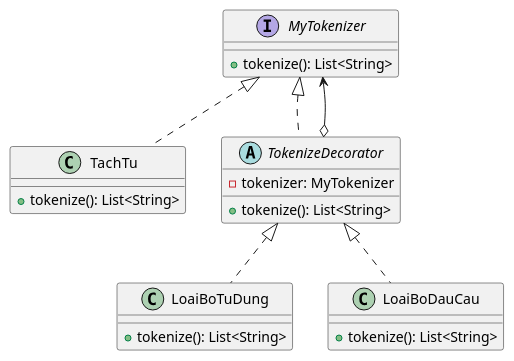
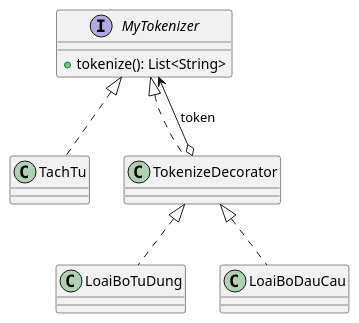
One commit to ngtuantu1202/63135967_SoftwareArchitectureAndDesign changed the diagram in out/production/63135967_SoftwareArchitectureAndDesign/decorator/tokenize/Tokenize_Diagram.puml. Above: the diagram before and after it, drawn with PlantUML. The commit also changed 7 other files, not shown here.

```diff
--- a/out/production/63135967_SoftwareArchitectureAndDesign/decorator/tokenize/Tokenize_Diagram.puml
+++ b/out/production/63135967_SoftwareArchitectureAndDesign/decorator/tokenize/Tokenize_Diagram.puml
@@ -1,26 +1,13 @@
 @startuml
 'https://plantuml.com/sequence-diagram
 
 interface MyTokenizer {
     + tokenize(): List<String>
 }
-class TachTu {
-    + tokenize(): List<String>
-}
-abstract class TokenizeDecorator {
-    - tokenizer: MyTokenizer
-    + tokenize(): List<String>
-}
-class LoaiBoTuDung {
-    + tokenize(): List<String>
-}
-class LoaiBoDauCau {
-    + tokenize(): List<String>
-}
 
 MyTokenizer <|.. TachTu
 MyTokenizer <|.. TokenizeDecorator
-TokenizeDecorator o--> MyTokenizer
+TokenizeDecorator o--> MyTokenizer : token
 TokenizeDecorator <|.. LoaiBoTuDung
 TokenizeDecorator <|.. LoaiBoDauCau
 @enduml
```
